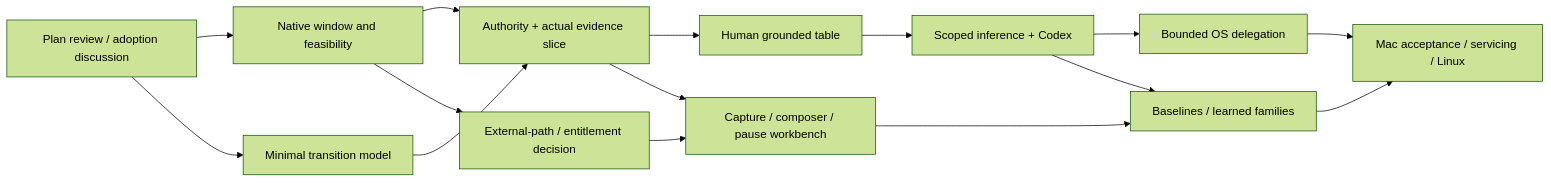
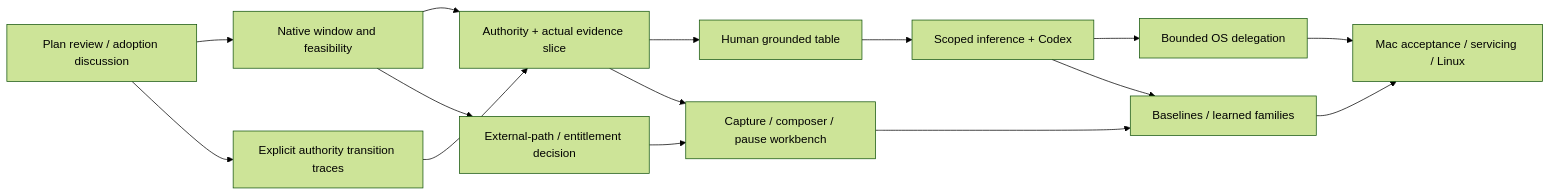
Before and after one commit to antimemeai/bow_shock: the diagram in docs/plan/README.md, drawn with Mermaid (forest theme). The commit also changed other lines of this file and 21 other files, not shown here.

````diff
--- a/docs/plan/README.md
+++ b/docs/plan/README.md
@@ -108,17 +114,17 @@
 ```mermaid
 flowchart LR
     P0[Plan review / adoption discussion] --> P1[Native window and feasibility]
-    P0 --> Core[Minimal transition model]
+    P0 --> Core[Explicit authority transition traces]
     P1 --> P2[Authority + actual evidence slice]
     Core --> P2
     P2 --> P3[Human grounded table]
     P3 --> P4[Scoped inference + Codex]
     P4 --> P5[Bounded OS delegation]
     P1 --> Fault[External-path / entitlement decision]
     P2 --> P6[Capture / composer / pause workbench]
     Fault --> P6
     P6 --> P7[Baselines / learned families]
     P4 --> P7
     P5 --> P8[Mac acceptance / servicing / Linux]
     P7 --> P8
 ```
````
